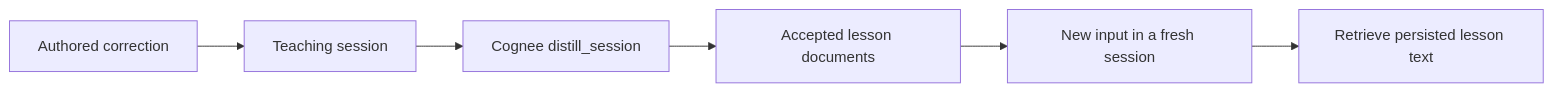
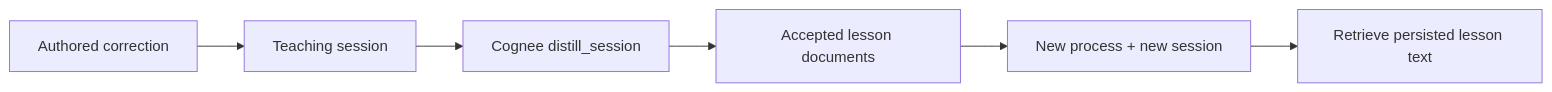
One commit to superlinked/sie changed the fourth of 4 diagrams in examples/cognee/README.md. Above: the diagram before and after it, drawn with Mermaid. The commit also changed other lines of this file and 4 other files, not shown here.

Commit message:
fix(examples): verify learned guidance in a fresh process

````diff
--- a/examples/cognee/README.md
+++ b/examples/cognee/README.md
@@ -170,8 +177,8 @@
 ```mermaid
 flowchart LR
   A[Authored correction] --> B[Teaching session]
   B --> C[Cognee distill_session]
   C --> D[Accepted lesson documents]
-  D --> E[New input in a fresh session]
+  D --> E[New process + new session]
   E --> F[Retrieve persisted lesson text]
 ```
````
